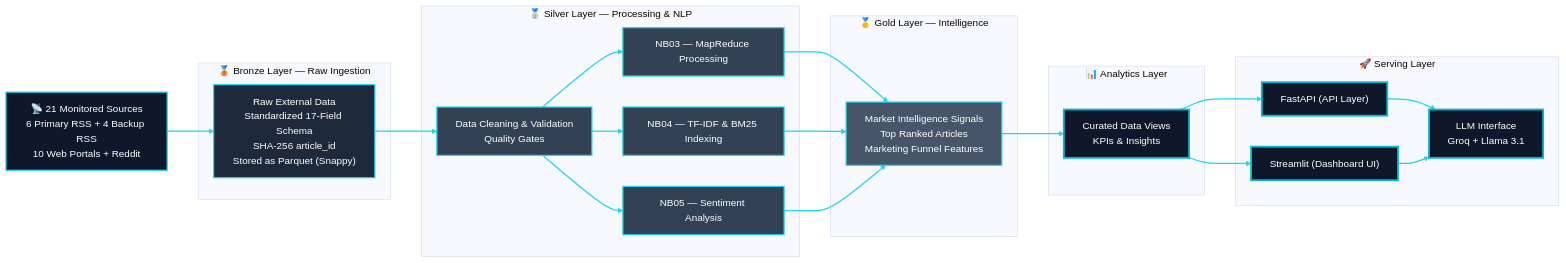
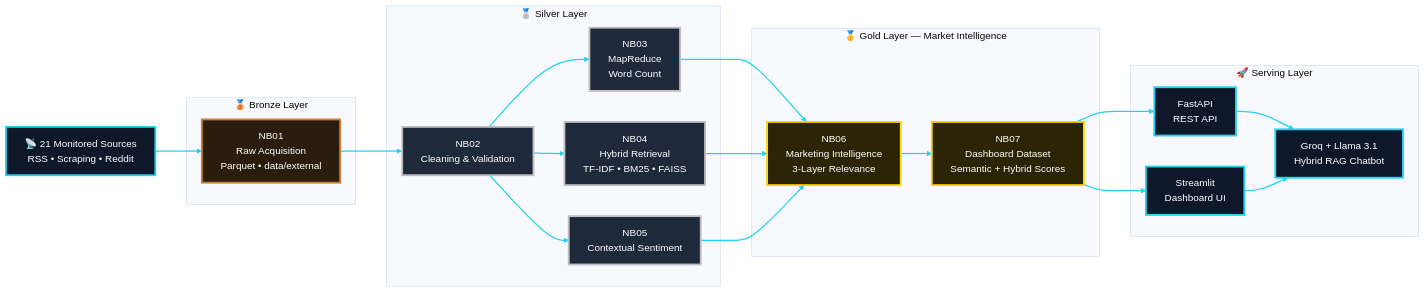
Before and after one commit to Quantum-Software-Development/5-cybersecurity-social-engineering-fii-investor-intelligence-platform: the diagram in README.md, drawn with Mermaid (base theme). The commit also changed other lines of this file, not shown here.

````diff
--- a/README.md
+++ b/README.md
@@ -449,62 +415,80 @@
 ```mermaid
 flowchart LR
 
-    classDef source fill:#0f172a,stroke:#22d3ee,color:#ffffff,stroke-width:2px;
-    classDef bronze fill:#1e293b,stroke:#22d3ee,color:#ffffff,stroke-width:2px;
-    classDef silver fill:#334155,stroke:#22d3ee,color:#ffffff,stroke-width:2px;
-    classDef gold fill:#475569,stroke:#22d3ee,color:#ffffff,stroke-width:2px;
-    classDef serving fill:#0f172a,stroke:#06b6d4,color:#ffffff,stroke-width:3px;
+    %%────────────────────
+    %% Styles
+    %%────────────────────
+    classDef source fill:#0f172a,stroke:#22d3ee,color:#ffffff,stroke-width:3px;
+    classDef bronze fill:#2b1d0e,stroke:#cd7f32,color:#ffffff,stroke-width:3px;
+    classDef silver fill:#1e293b,stroke:#c0c0c0,color:#ffffff,stroke-width:3px;
+    classDef gold fill:#2b2505,stroke:#ffd700,color:#ffffff,stroke-width:3px;
+    classDef serving fill:#0f172a,stroke:#22d3ee,color:#ffffff,stroke-width:3px;
 
-    A["📡 21 Monitored Sources<br/>6 Primary RSS + 4 Backup RSS<br/>10 Web Portals + Reddit"]
+    %%────────────────────
+    %% Sources
+    %%────────────────────
+    A["📡 21 Monitored Sources<br/>RSS • Scraping • Reddit"]:::source
 
-    subgraph Bronze["🥉 Bronze Layer — Raw Ingestion"]
-        B["Raw External Data<br/>Standardized 17-Field Schema<br/>SHA-256 article_id<br/>Stored as Parquet (Snappy)"]
+    %%────────────────────
+    %% Bronze
+    %%────────────────────
+    subgraph Bronze["🥉 Bronze Layer"]
+        B["NB01<br/>Raw Acquisition<br/>Parquet • data/external"]:::bronze
     end
 
-    subgraph Silver["🥈 Silver Layer — Processing & NLP"]
-        C["Data Cleaning & Validation<br/>Quality Gates"]
-        D["NB03 — MapReduce Processing"]
-        E["NB04 — TF-IDF & BM25 Indexing"]
-        F["NB05 — Sentiment Analysis"]
+    %%────────────────────
+    %% Silver
+    %%────────────────────
+    subgraph Silver["🥈 Silver Layer"]
+        C["NB02<br/>Cleaning & Validation"]:::silver
+
+        D["NB03<br/>MapReduce<br/>Word Count"]:::silver
+
+        E["NB04<br/>Hybrid Retrieval<br/>TF-IDF • BM25 • FAISS"]:::silver
+
+        F["NB05<br/>Contextual Sentiment"]:::silver
     end
 
-    subgraph Gold["🥇 Gold Layer — Intelligence"]
-        G["Market Intelligence Signals<br/>Top Ranked Articles<br/>Marketing Funnel Features"]
+    %%────────────────────
+    %% Gold
+    %%────────────────────
+    subgraph Gold["🥇 Gold Layer — Market Intelligence"]
+        G["NB06<br/>Marketing Intelligence<br/>3-Layer Relevance"]:::gold
+
+        H["NB07<br/>Dashboard Dataset<br/>Semantic + Hybrid Scores"]:::gold
     end
 
-    subgraph Dashboard["📊 Analytics Layer"]
-        H["Curated Data Views<br/>KPIs & Insights"]
+    %%────────────────────
+    %% Serving
+    %%────────────────────
+    subgraph Serving["🚀 Serving Layer"]
+        I["FastAPI<br/>REST API"]:::serving
+
+        J["Streamlit<br/>Dashboard UI"]:::serving
+
+        K["Groq + Llama 3.1<br/>Hybrid RAG Chatbot"]:::serving
     end
 
-    subgraph Serving["🚀 Serving Layer"]
-        I["FastAPI (API Layer)"]
-        J["Streamlit (Dashboard UI)"]
-        K["LLM Interface<br/>Groq + Llama 3.1"]
-    end
+    %% Flow
+    A --> B
 
-    A --> B
     B --> C
+
     C --> D
     C --> E
     C --> F
 
     D --> G
     E --> G
     F --> G
 
     G --> H
 
     H --> I
     H --> J
 
     I --> K
     J --> K
 
-    class A source
-    class B bronze
-    class C,D,E,F silver
-    class G gold
-    class H,I,J,K serving
-
     linkStyle default stroke:#22d3ee,stroke-width:2px
 ```
````
